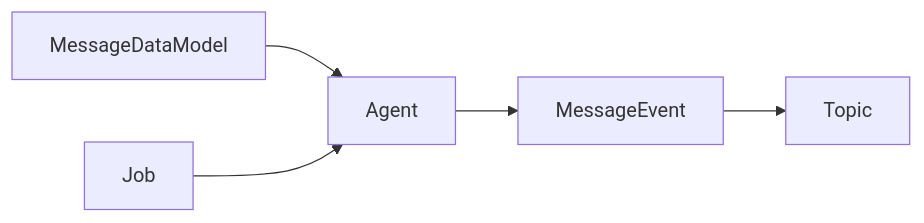
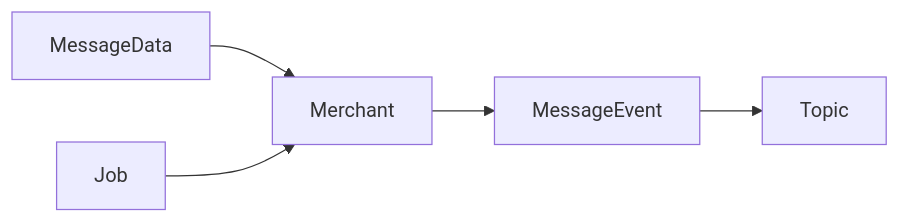
The diagram in README.md (jon-esperanza/silk-engine), drawn with Mermaid before and after one commit. The commit also changed other lines of this file and 8 other files, not shown here.

````diff
--- a/README.md
+++ b/README.md
@@ -39,7 +36,7 @@
 ```mermaid
 flowchart LR;
-MessageDataModel --> Agent
-Job --> Agent
-Agent --> MessageEvent
+MessageData --> Merchant
+Job --> Merchant
+Merchant --> MessageEvent
 MessageEvent --> Topic
 ```
````
